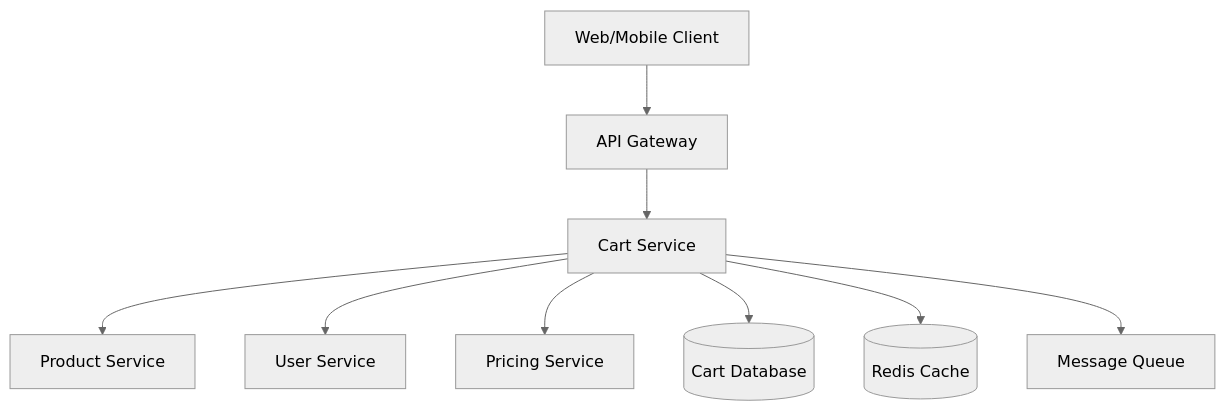
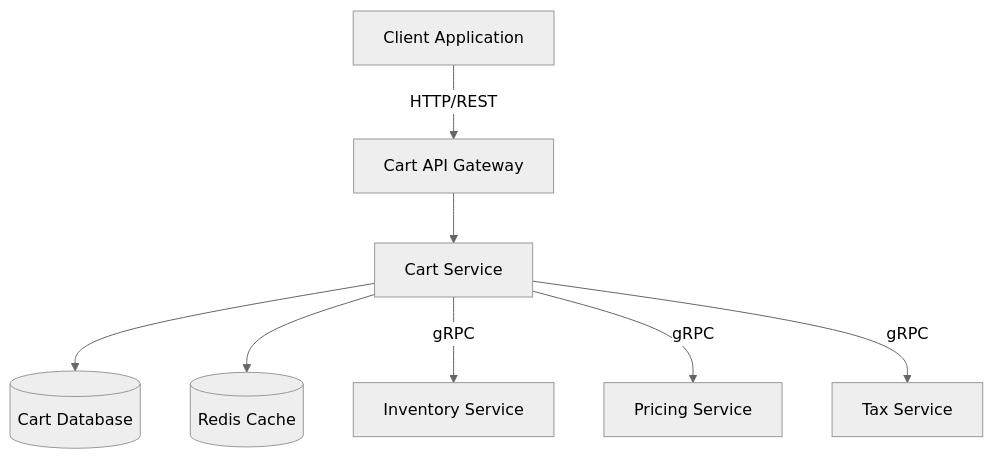
One commit to NavneetBN47/aava-ecom-demo changed the first of 2 diagrams in docs/LLD/lld.md. Above: the diagram before and after it, drawn with Mermaid (neutral theme). The commit also changed other lines of this file, not shown here.

````diff
--- a/docs/LLD/lld.md
+++ b/docs/LLD/lld.md
@@ -43,21 +67,19 @@
 ```mermaid
 graph TB
-    Client[Web/Mobile Client]
-    Gateway[API Gateway]
+    Client[Client Application]
+    API[Cart API Gateway]
     CartService[Cart Service]
-    ProductService[Product Service]
-    UserService[User Service]
-    PricingService[Pricing Service]
     DB[(Cart Database)]
     Cache[(Redis Cache)]
-    Queue[Message Queue]
+    InventoryService[Inventory Service]
+    PricingService[Pricing Service]
+    TaxService[Tax Service]
     
-    Client --> Gateway
-    Gateway --> CartService
-    CartService --> ProductService
-    CartService --> UserService
-    CartService --> PricingService
+    Client -->|HTTP/REST| API
+    API --> CartService
     CartService --> DB
     CartService --> Cache
-    CartService --> Queue
+    CartService -->|gRPC| InventoryService
+    CartService -->|gRPC| PricingService
+    CartService -->|gRPC| TaxService
 ```
````
